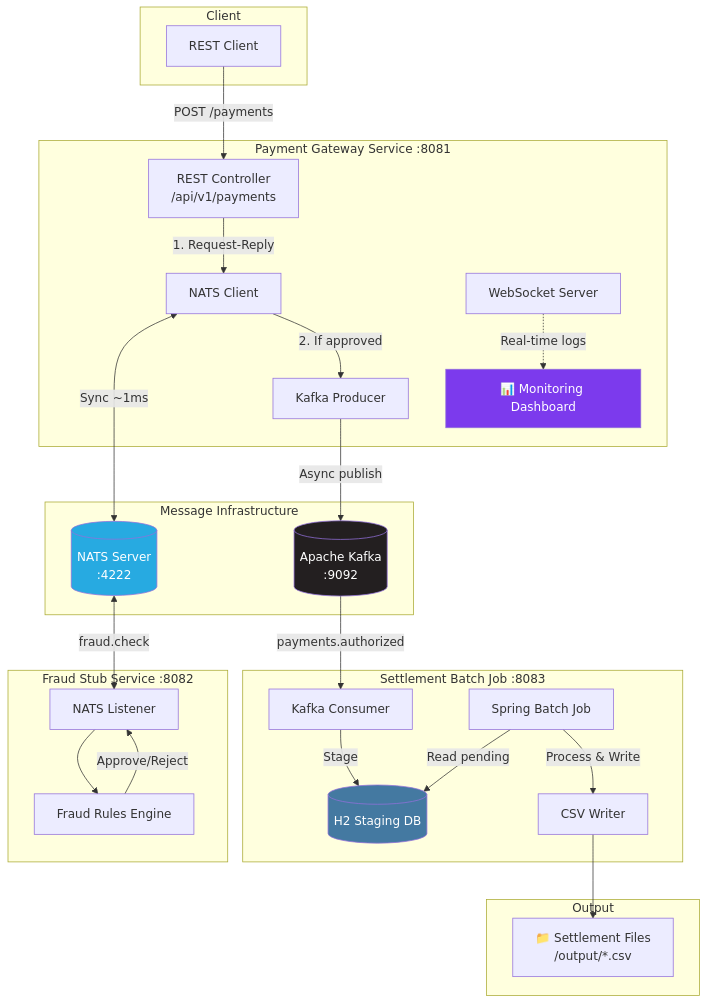
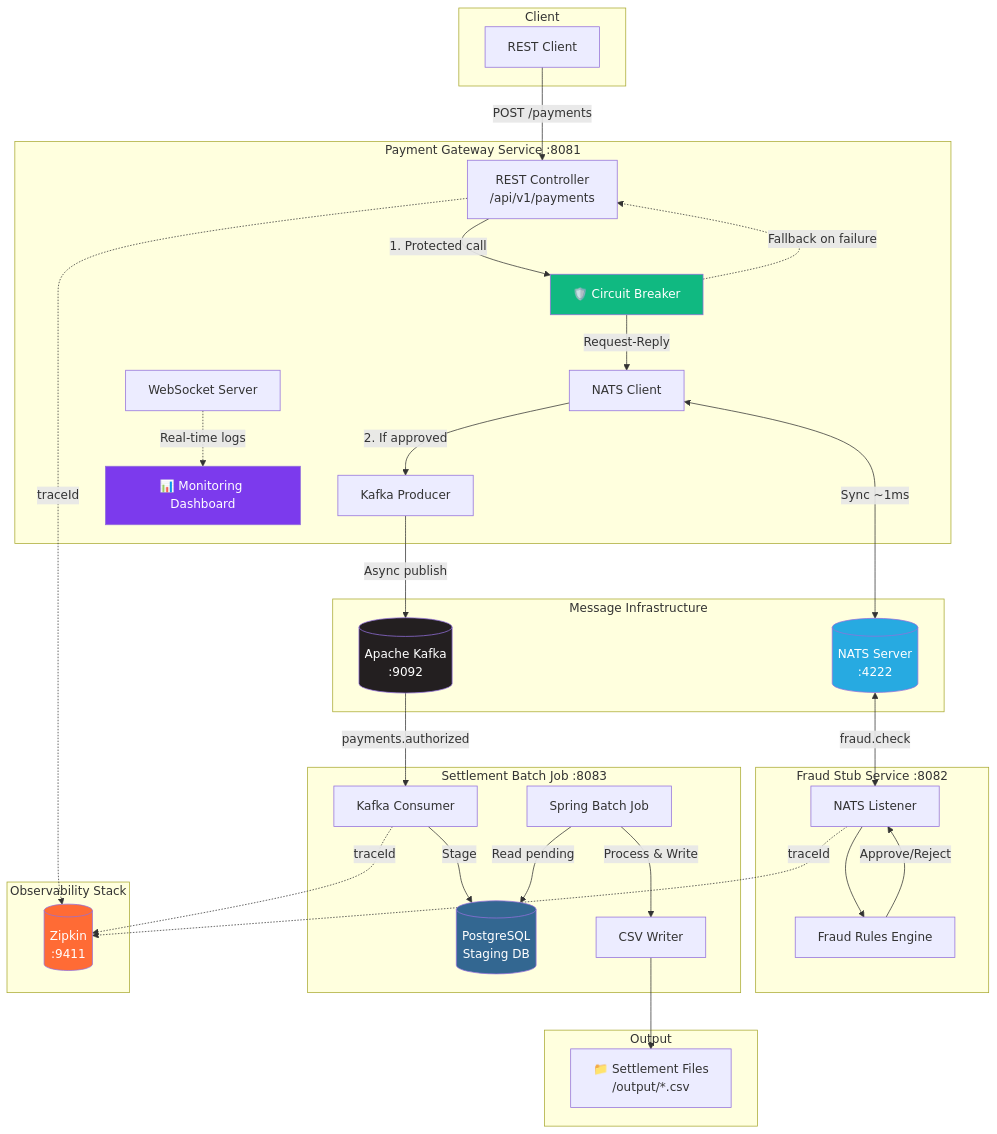
Before and after one commit to ulises5700/spring-batch-kafka-nats-poc: the diagram in README.md, drawn with Mermaid. The commit also changed other lines of this file and 16 other files, not shown here.

````diff
--- a/README.md
+++ b/README.md
@@ -33,58 +65,72 @@
 ```mermaid
 flowchart TB
     subgraph Client
         A[REST Client]
     end
     
     subgraph Gateway["Payment Gateway Service :8081"]
         B[REST Controller<br>/api/v1/payments]
+        CB[🛡️ Circuit Breaker]
         C[NATS Client]
         D[Kafka Producer]
         W[WebSocket Server]
         UI[📊 Monitoring Dashboard]
     end
     
     subgraph FraudService["Fraud Stub Service :8082"]
         E[NATS Listener]
         F[Fraud Rules Engine]
     end
     
     subgraph Messaging["Message Infrastructure"]
         G[(NATS Server<br>:4222)]
         H[(Apache Kafka<br>:9092)]
     end
     
     subgraph Settlement["Settlement Batch Job :8083"]
         I[Kafka Consumer]
-        J[(H2 Staging DB)]
+        J[(PostgreSQL<br>Staging DB)]
         K[Spring Batch Job]
         L[CSV Writer]
+    end
+    
+    subgraph Observability["Observability Stack"]
+        Z[(Zipkin<br>:9411)]
     end
     
     subgraph Output
         M[📁 Settlement Files<br>/output/*.csv]
     end
     
     A -->|POST /payments| B
-    B -->|1. Request-Reply| C
+    B -->|1. Protected call| CB
+    CB -->|Request-Reply| C
     C <-->|Sync ~1ms| G
     G <-->|fraud.check| E
     E --> F
     F -->|Approve/Reject| E
+    
+    CB -.->|Fallback on failure| B
     
     C -->|2. If approved| D
     D -->|Async publish| H
     H -->|payments.authorized| I
     
     I -->|Stage| J
     K -->|Read pending| J
     K -->|Process & Write| L
     L --> M
     
     W -.->|Real-time logs| UI
     
+    B -.->|traceId| Z
+    E -.->|traceId| Z
+    I -.->|traceId| Z
+    
     style G fill:#27AAE1,color:#fff
     style H fill:#231F20,color:#fff
-    style J fill:#4479A1,color:#fff
+    style J fill:#336791,color:#fff
     style UI fill:#7C3AED,color:#fff
+    style CB fill:#10B981,color:#fff
+    style Z fill:#FF6B35,color:#fff
 ```
````
